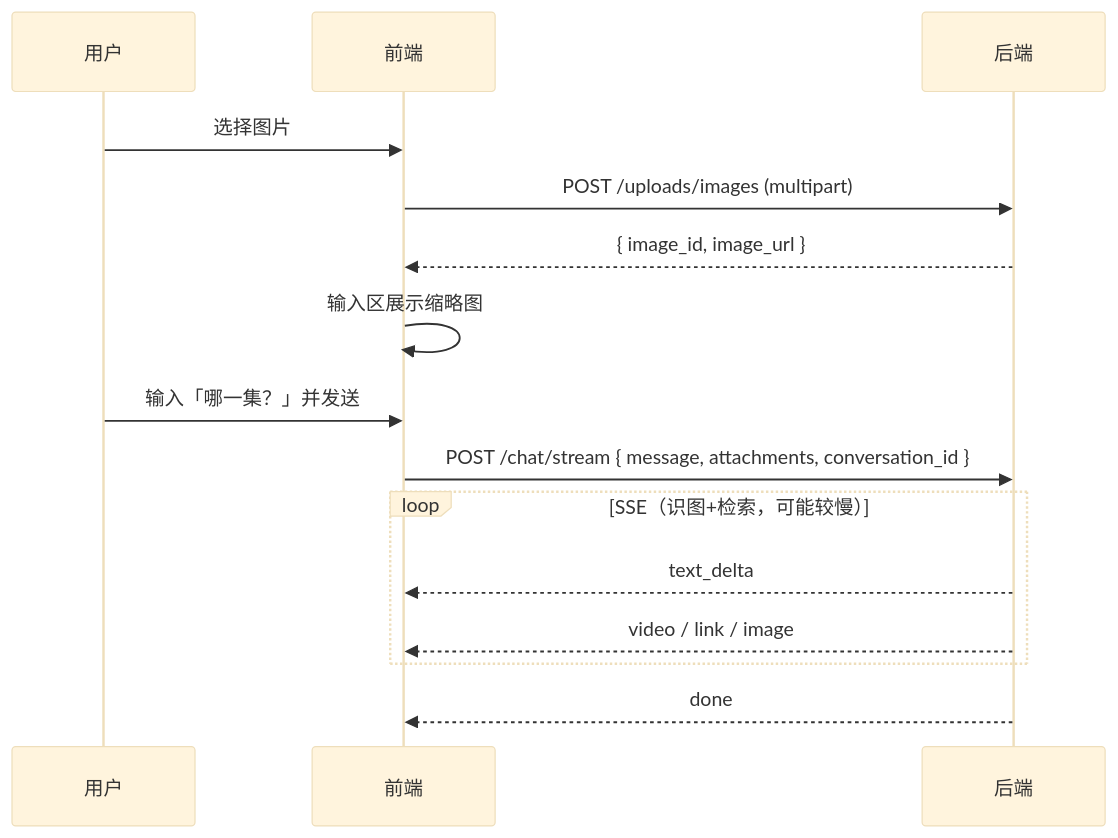
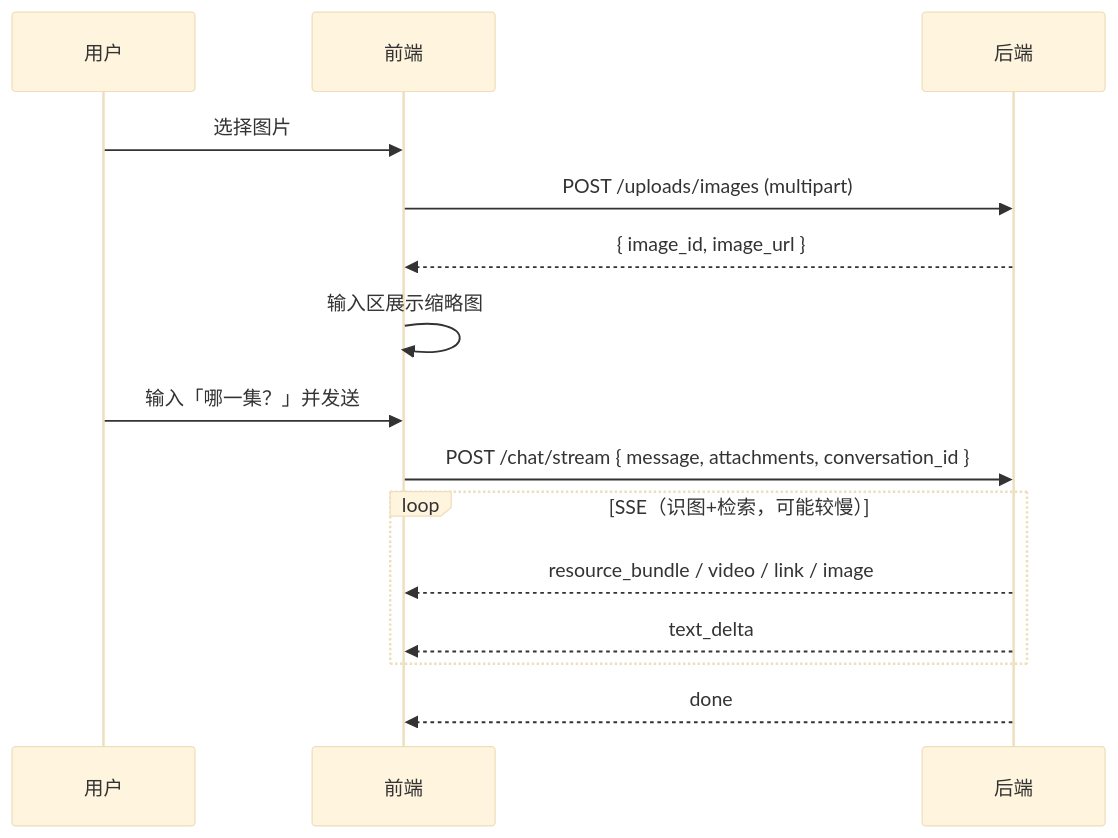
One commit to Yinhaha2/DelaynomoreBackEnd changed the second of 2 diagrams in docs/2026-09-07_接口文档_1.md. Above: the diagram before and after it, drawn with Mermaid (base theme). The commit also changed other lines of this file and 18 other files, not shown here.

First line of the commit message:
feat: stream grouped resource_bundle instead of dumping video URLs

````diff
--- a/docs/2026-09-07_接口文档_1.md
+++ b/docs/2026-09-07_接口文档_1.md
@@ -460,18 +520,18 @@
 ```mermaid
 sequenceDiagram
     participant U as 用户
     participant FE as 前端
     participant BE as 后端
 
     U->>FE: 选择图片
     FE->>BE: POST /uploads/images (multipart)
     BE-->>FE: { image_id, image_url }
     FE->>FE: 输入区展示缩略图
     U->>FE: 输入「哪一集？」并发送
     FE->>BE: POST /chat/stream { message, attachments, conversation_id }
     loop SSE（识图+检索，可能较慢）
+        BE-->>FE: resource_bundle / video / link / image
         BE-->>FE: text_delta
-        BE-->>FE: video / link / image
     end
     BE-->>FE: done
 ```
````
